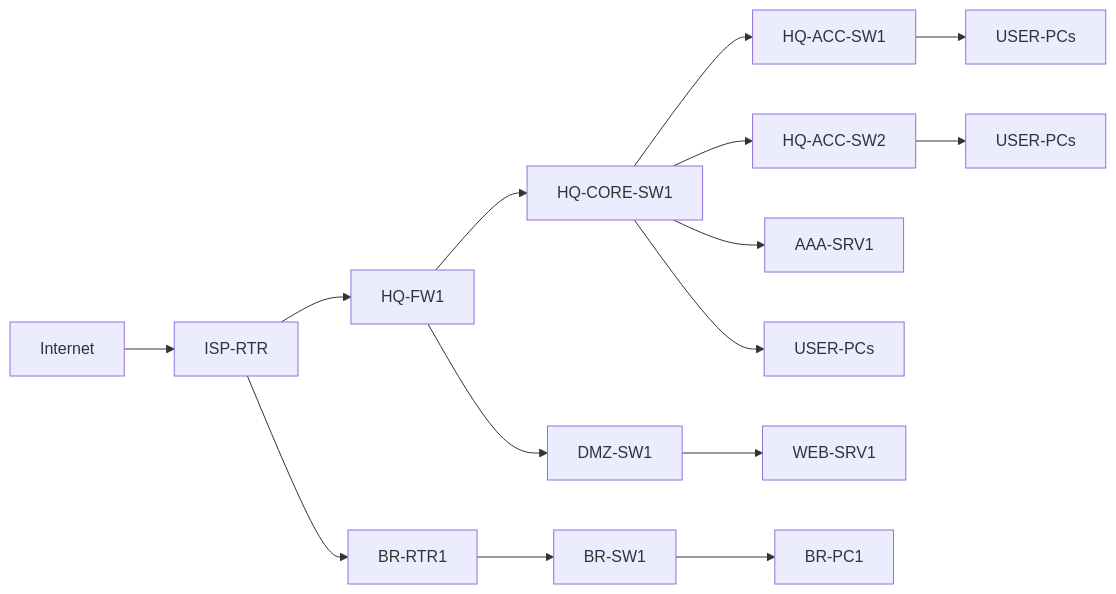
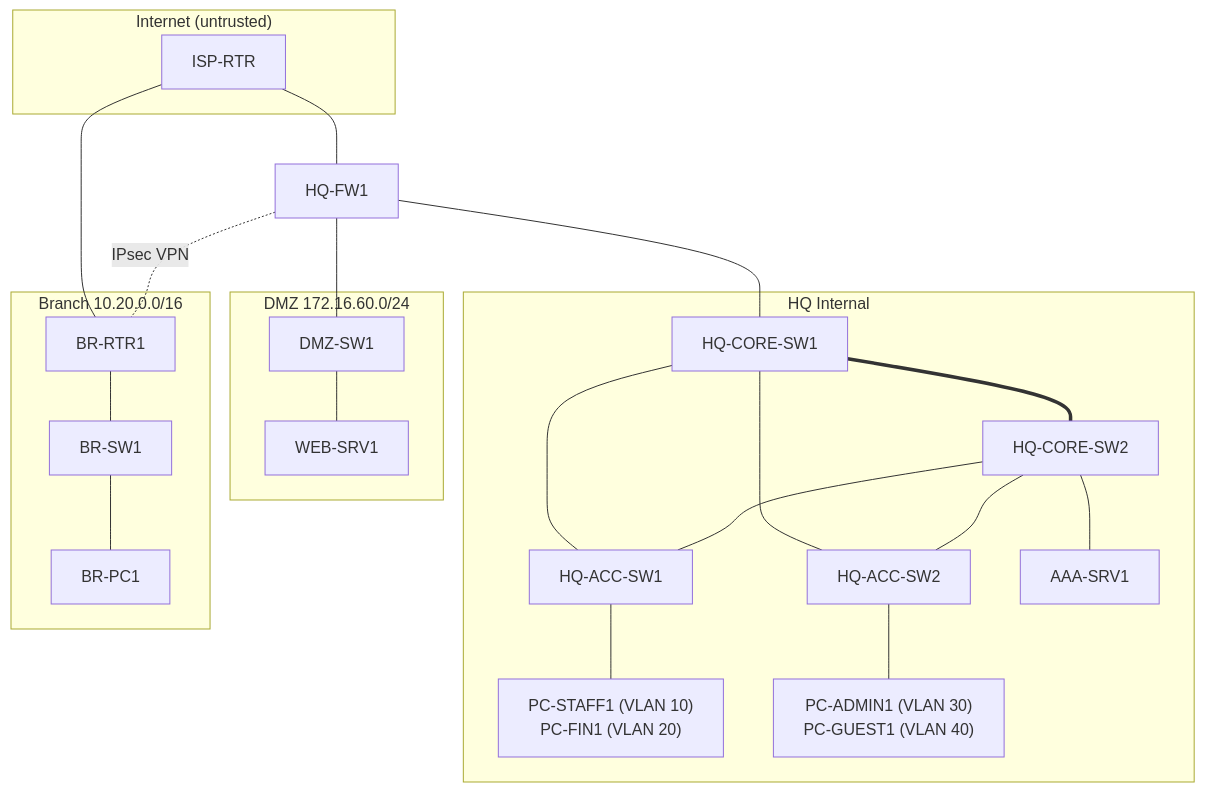
Before and after one commit to Ayomide-Akano/Secure-Enterprise-Network-Lab: the diagram in docs/network-design.md, drawn with Mermaid.

Commit message:
Replace Mermaid topology block with the requested secure HQ + Branch architecture diagram

````diff
--- a/docs/network-design.md
+++ b/docs/network-design.md
@@ -101,19 +101,34 @@
 ```mermaid
-flowchart LR
-    Internet[Internet] --> ISP[ISP-RTR]
-    ISP --> FW[HQ-FW1]
-    FW --> CORE[HQ-CORE-SW1]
-    CORE --> ACC1[HQ-ACC-SW1]
-    CORE --> ACC2[HQ-ACC-SW2]
-    CORE --> AAA[AAA-SRV1]
-    FW --> DMZ[DMZ-SW1]
-    DMZ --> WEB[WEB-SRV1]
+flowchart TB
+  subgraph INET["Internet (untrusted)"]
+    ISP[ISP-RTR]
+  end
 
-    CORE --> USER1[USER-PCs]
-    ACC1 --> USER2[USER-PCs]
-    ACC2 --> USER3[USER-PCs]
+  subgraph DMZ["DMZ 172.16.60.0/24"]
+    DSW[DMZ-SW1] --- WEB[WEB-SRV1]
+  end
 
-    ISP --> BRRTR[BR-RTR1]
-    BRRTR --> BRSW[BR-SW1]
-    BRSW --> BRPC[BR-PC1]
+  subgraph HQ["HQ Internal"]
+    C1[HQ-CORE-SW1] === C2[HQ-CORE-SW2]
+    A1[HQ-ACC-SW1]
+    A2[HQ-ACC-SW2]
+    C1 --- A1
+    C1 --- A2
+    C2 --- A1
+    C2 --- A2
+    C2 --- AAA[AAA-SRV1]
+    A1 --- P1["PC-STAFF1 (VLAN 10)<br/>PC-FIN1 (VLAN 20)"]
+    A2 --- P2["PC-ADMIN1 (VLAN 30)<br/>PC-GUEST1 (VLAN 40)"]
+  end
+
+  subgraph BR["Branch 10.20.0.0/16"]
+    BRR[BR-RTR1] --- BSW[BR-SW1] --- BPC[BR-PC1]
+  end
+
+  FW[HQ-FW1]
+  ISP --- FW
+  FW --- DSW
+  FW --- C1
+  ISP --- BRR
+  FW -. "IPsec VPN" .- BRR
 ```
````
